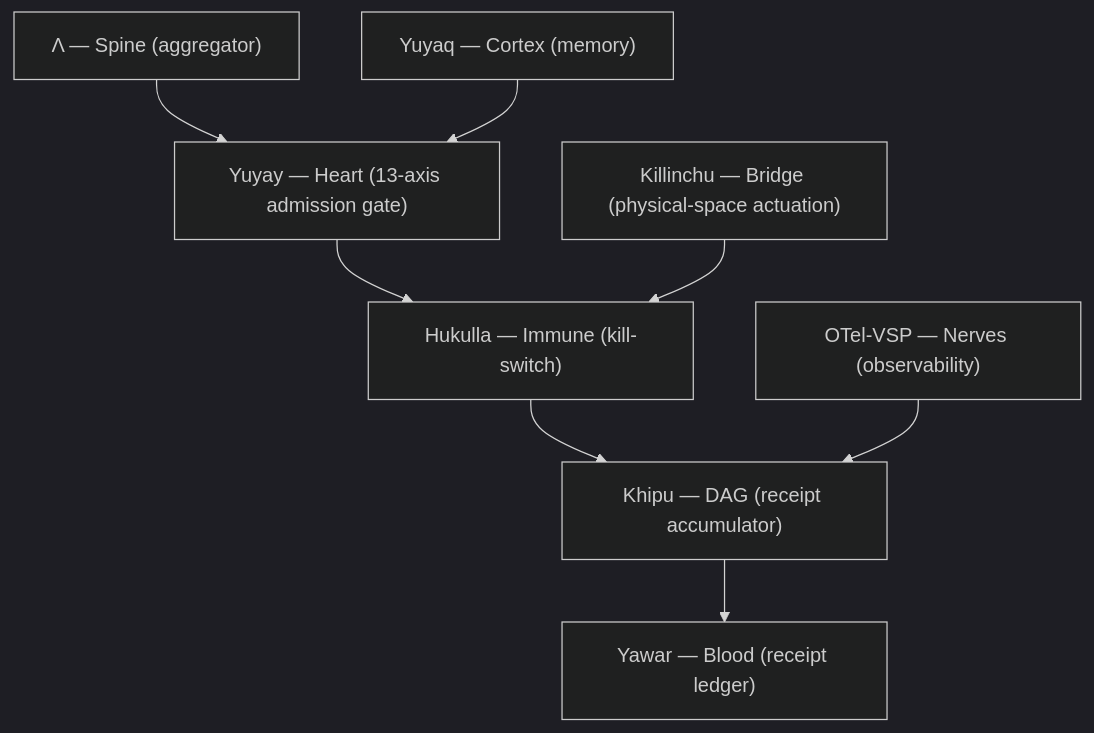
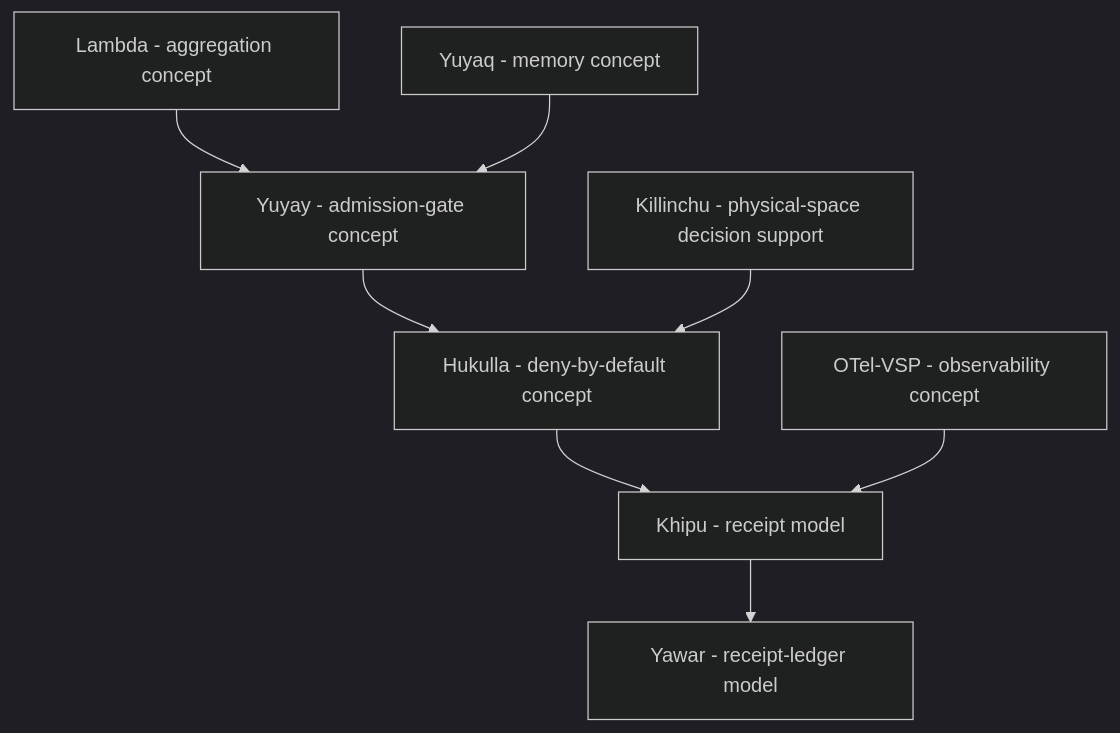
Before and after one commit to szl-holdings/docs-site: the diagram in docs/architecture.md, drawn with Mermaid (dark theme). The commit also changed other lines of this file and 99 other files, not shown here.

````diff
--- a/docs/architecture.md
+++ b/docs/architecture.md
@@ -15,10 +13,10 @@
 ```mermaid
 flowchart TD
-  L["Λ — Spine (aggregator)"] --> Y["Yuyay — Heart (13-axis admission gate)"]
-  A["Yuyaq — Cortex (memory)"] --> Y
-  Y --> H["Hukulla — Immune (kill-switch)"]
-  H --> K["Khipu — DAG (receipt accumulator)"]
-  K --> W["Yawar — Blood (receipt ledger)"]
-  O["OTel-VSP — Nerves (observability)"] --> K
-  KI["Killinchu — Bridge (physical-space actuation)"] --> H
+  L["Lambda - aggregation concept"] --> Y["Yuyay - admission-gate concept"]
+  A["Yuyaq - memory concept"] --> Y
+  Y --> H["Hukulla - deny-by-default concept"]
+  H --> K["Khipu - receipt model"]
+  K --> W["Yawar - receipt-ledger model"]
+  O["OTel-VSP - observability concept"] --> K
+  KI["Killinchu - physical-space decision support"] --> H
 ```
````
